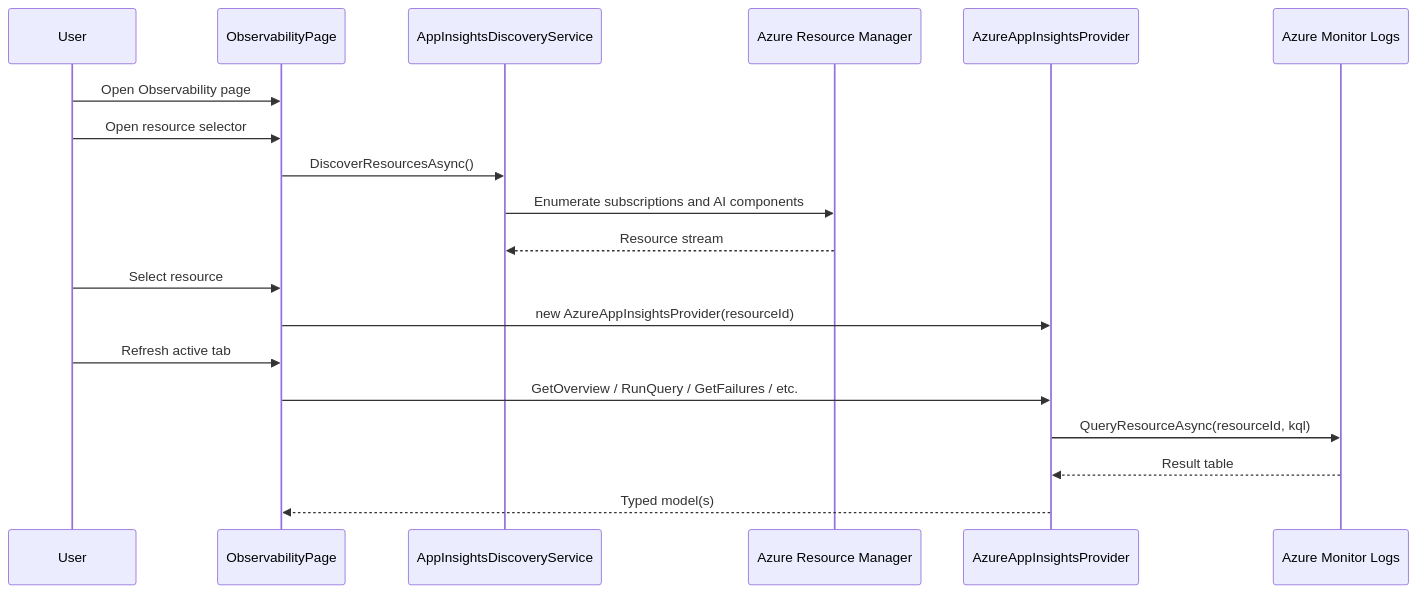
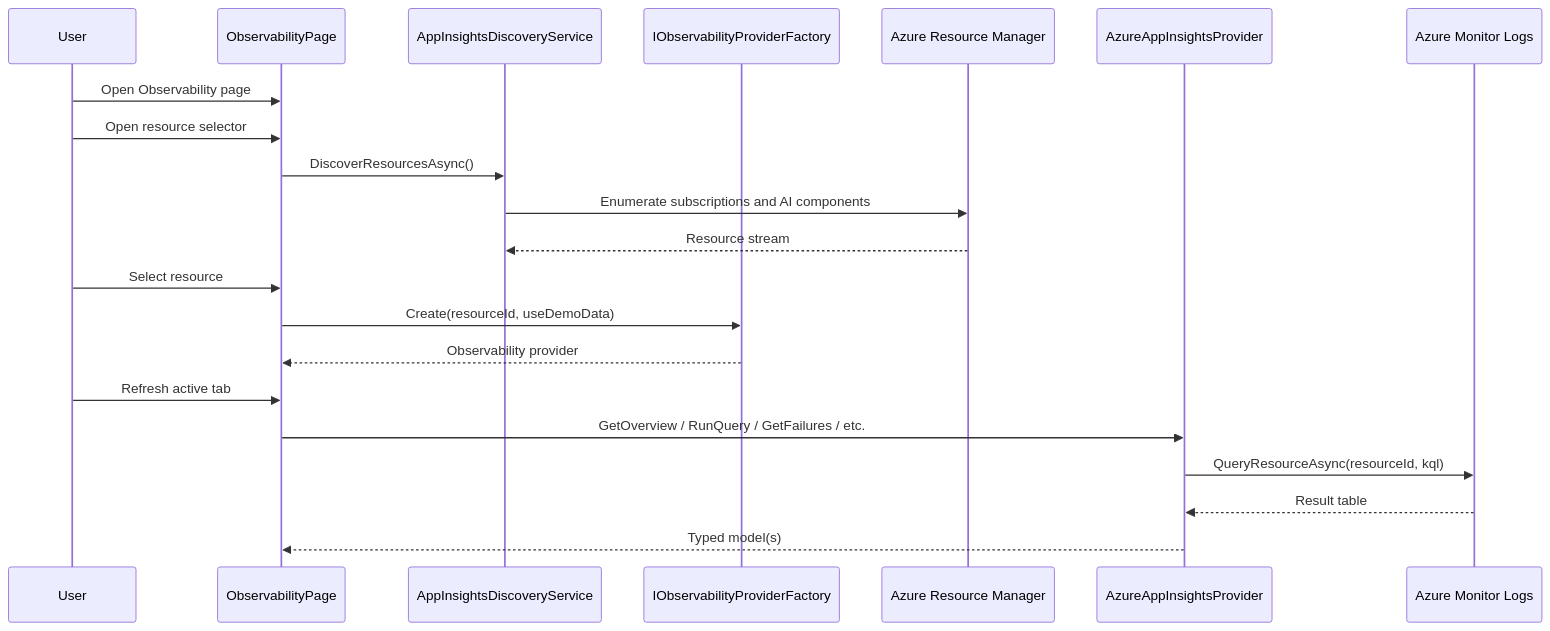
One commit to SWojtyla/SwebKit changed the fourth of 5 diagrams in docs/architecture/design.md. Above: the diagram before and after it, drawn with Mermaid. The commit also changed other lines of this file and 65 other files, not shown here.

````diff
--- a/docs/architecture/design.md
+++ b/docs/architecture/design.md
@@ -143,22 +156,24 @@
 ```mermaid
 sequenceDiagram
     participant User
     participant Page as ObservabilityPage
     participant Discovery as AppInsightsDiscoveryService
+    participant Factory as IObservabilityProviderFactory
     participant ARM as Azure Resource Manager
     participant Provider as AzureAppInsightsProvider
     participant Logs as Azure Monitor Logs
 
     User->>Page: Open Observability page
     User->>Page: Open resource selector
     Page->>Discovery: DiscoverResourcesAsync()
     Discovery->>ARM: Enumerate subscriptions and AI components
     ARM-->>Discovery: Resource stream
     User->>Page: Select resource
-    Page->>Provider: new AzureAppInsightsProvider(resourceId)
+    Page->>Factory: Create(resourceId, useDemoData)
+    Factory-->>Page: Observability provider
     User->>Page: Refresh active tab
     Page->>Provider: GetOverview / RunQuery / GetFailures / etc.
     Provider->>Logs: QueryResourceAsync(resourceId, kql)
     Logs-->>Provider: Result table
     Provider-->>Page: Typed model(s)
 ```
````
